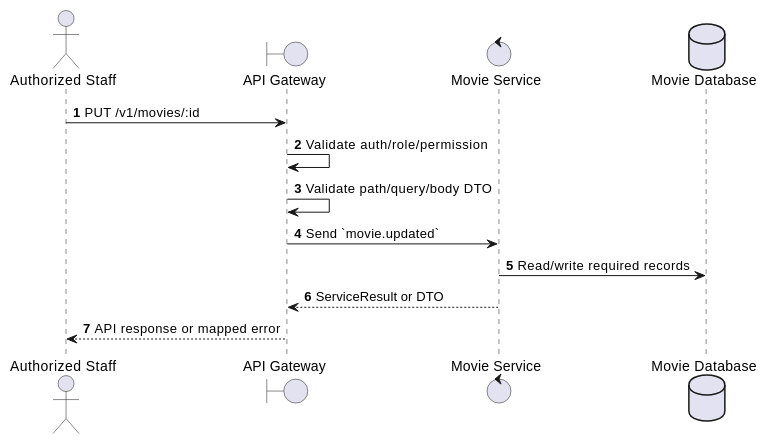
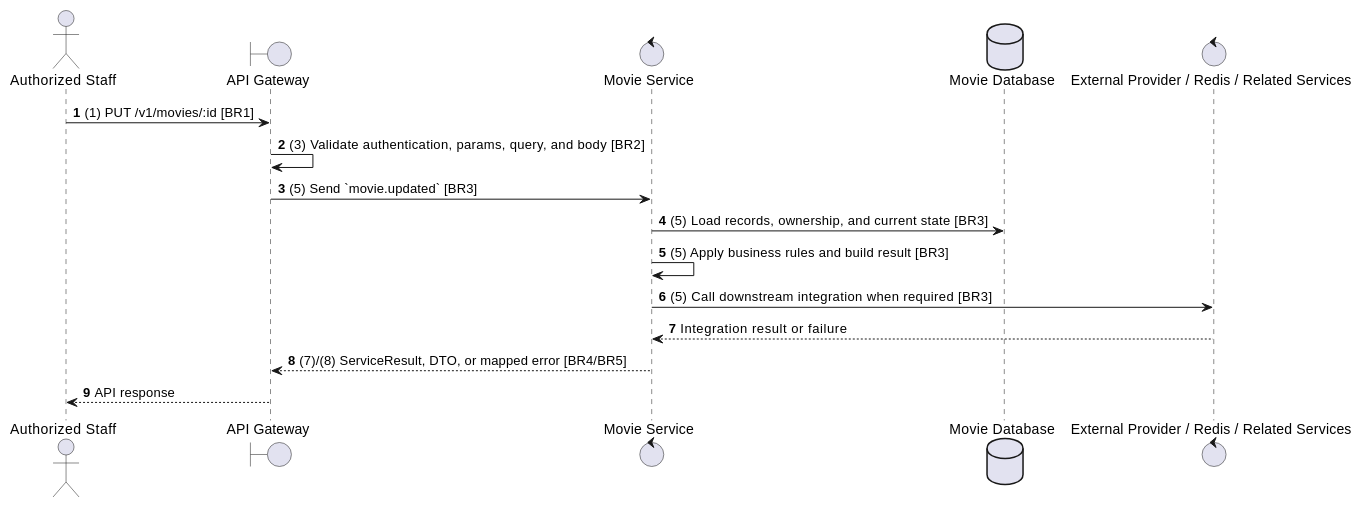
One commit to Tanh1603/movie-hub-architecture changed the second of 2 diagrams in docs/functional_specs/3.3.1_Movie_Catalog/MV-05_Update_Movie.md. Above: the diagram before and after it, drawn with PlantUML. The commit also changed other lines of this file and 129 other files, not shown here.

````diff
--- a/docs/functional_specs/3.3.1_Movie_Catalog/MV-05_Update_Movie.md
+++ b/docs/functional_specs/3.3.1_Movie_Catalog/MV-05_Update_Movie.md
@@ -17,17 +64,20 @@
 ```plantuml
 @startuml
 autonumber
 actor "Authorized Staff" as Actor
 boundary "API Gateway" as GW
 control "Movie Service" as SVC
 database "Movie Database" as DB
+control "External Provider / Redis / Related Services" as EXT
 
-Actor -> GW: PUT /v1/movies/:id
-GW -> GW: Validate auth/role/permission
-GW -> GW: Validate path/query/body DTO
-GW -> SVC: Send `movie.updated`
-SVC -> DB: Read/write required records
-SVC --> GW: ServiceResult or DTO
-GW --> Actor: API response or mapped error
+Actor -> GW: (1) PUT /v1/movies/:id [BR1]
+GW -> GW: (3) Validate authentication, params, query, and body [BR2]
+GW -> SVC: (5) Send `movie.updated` [BR3]
+SVC -> DB: (5) Load records, ownership, and current state [BR3]
+SVC -> SVC: (5) Apply business rules and build result [BR3]
+SVC -> EXT: (5) Call downstream integration when required [BR3]
+EXT --> SVC: Integration result or failure
+SVC --> GW: (7)/(8) ServiceResult, DTO, or mapped error [BR4/BR5]
+GW --> Actor: API response
 @enduml
 ```
````
